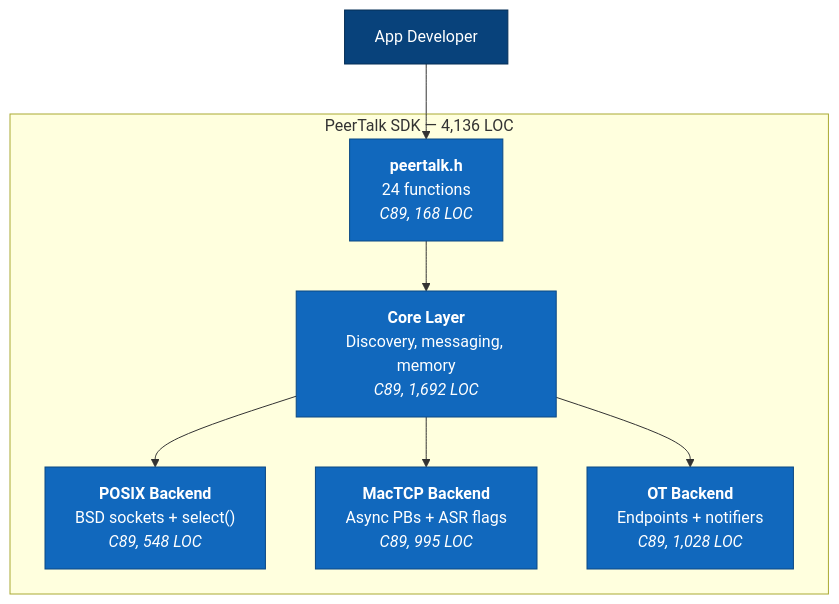
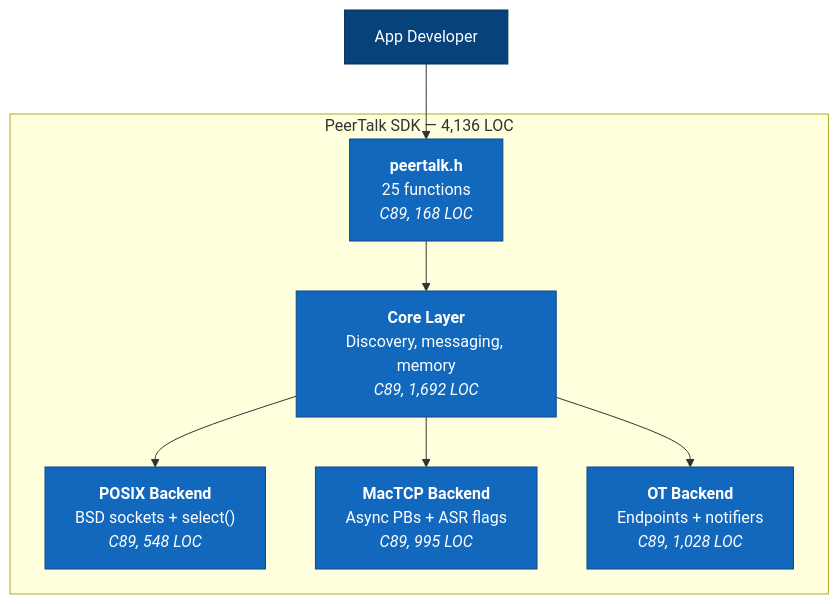
The second of 12 diagrams in ARCHITECTURE.md (matthewdeaves/peertalk), drawn with Mermaid before and after one commit. The commit also changed other lines of this file and 1 other file, not shown here.

Commit message:
Update README and ARCHITECTURE: 24 functions → 25 functions
Reflects PT_DisconnectAll addition from v1.7.0.

````diff
--- a/ARCHITECTURE.md
+++ b/ARCHITECTURE.md
@@ -26,25 +26,25 @@
 ```mermaid
 graph TB
     Dev["App Developer"]
 
     subgraph SDK ["PeerTalk SDK — 4,136 LOC"]
-        API["<b>peertalk.h</b><br/>24 functions<br/><i>C89, 168 LOC</i>"]
+        API["<b>peertalk.h</b><br/>25 functions<br/><i>C89, 168 LOC</i>"]
         Core["<b>Core Layer</b><br/>Discovery, messaging, memory<br/><i>C89, 1,692 LOC</i>"]
         POSIX["<b>POSIX Backend</b><br/>BSD sockets + select()<br/><i>C89, 548 LOC</i>"]
         MacTCP["<b>MacTCP Backend</b><br/>Async PBs + ASR flags<br/><i>C89, 995 LOC</i>"]
         OT["<b>OT Backend</b><br/>Endpoints + notifiers<br/><i>C89, 1,028 LOC</i>"]
     end
 
     Dev --> API
     API --> Core
     Core --> POSIX
     Core --> MacTCP
     Core --> OT
 
     style Dev fill:#08427b,stroke:#052e56,color:#fff
     style API fill:#1168bd,stroke:#0b4884,color:#fff
     style Core fill:#1168bd,stroke:#0b4884,color:#fff
     style POSIX fill:#1168bd,stroke:#0b4884,color:#fff
     style MacTCP fill:#1168bd,stroke:#0b4884,color:#fff
     style OT fill:#1168bd,stroke:#0b4884,color:#fff
 ```
````
